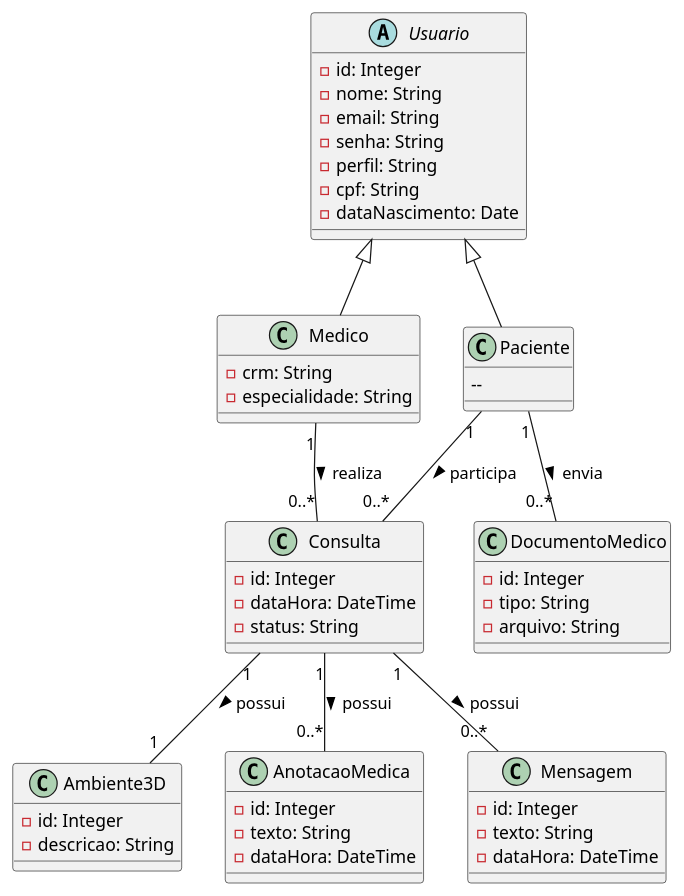
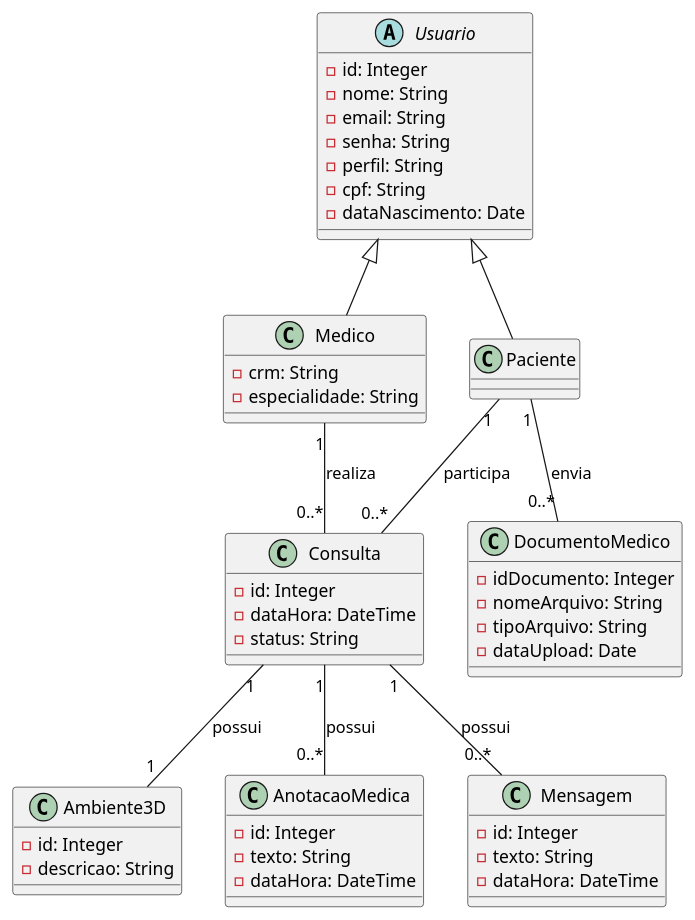
Before and after one commit to gilmarUFG/rs_es_20251_g1: the diagram in trabalho_grupo/modelos_uml/diagrama_classes.md, drawn with PlantUML. The commit also changed 1 other file, not shown here.

Commit message:
Implementa RF03 – envio de exames e atualiza diagrama de classes

```diff
--- a/trabalho_grupo/modelos_uml/diagrama_classes.md
+++ b/trabalho_grupo/modelos_uml/diagrama_classes.md
@@ -1,59 +1,66 @@
 @startuml
+
+' Modelo de domínio combinado (classes de análise - atributos e associações)
+
 abstract class Usuario {
   - id: Integer
   - nome: String
   - email: String
   - senha: String
   - perfil: String
-  - cpf: String     
+  - cpf: String
   - dataNascimento: Date
 }
 
 class Medico {
   - crm: String
   - especialidade: String
 }
 
 class Paciente {
-  -- 
+  ' Herda atributos de Usuario
 }
 
 class Consulta {
   - id: Integer
   - dataHora: DateTime
   - status: String
 }
 
 class DocumentoMedico {
-  - id: Integer
-  - tipo: String
-  - arquivo: String
+  - idDocumento: Integer
+  - nomeArquivo: String
+  - tipoArquivo: String
+  - dataUpload: Date
 }
 
 class Ambiente3D {
   - id: Integer
   - descricao: String
 }
 
 class AnotacaoMedica {
   - id: Integer
   - texto: String
   - dataHora: DateTime
 }
 
 class Mensagem {
   - id: Integer
   - texto: String
   - dataHora: DateTime
 }
 
+' Herança
 Usuario <|-- Medico
 Usuario <|-- Paciente
 
-Medico "1" -- "0..*" Consulta : realiza >
-Paciente "1" -- "0..*" Consulta : participa >
-Consulta "1" -- "1" Ambiente3D : possui >
-Paciente "1" -- "0..*" DocumentoMedico : envia >
-Consulta "1" -- "0..*" AnotacaoMedica : possui >
-Consulta "1" -- "0..*" Mensagem : possui >
+' Associações
+Medico "1" -- "0..*" Consulta : realiza
+Paciente "1" -- "0..*" Consulta : participa
+Consulta "1" -- "1" Ambiente3D : possui
+Paciente "1" -- "0..*" DocumentoMedico : envia
+Consulta "1" -- "0..*" AnotacaoMedica : possui
+Consulta "1" -- "0..*" Mensagem : possui
+
 @enduml
```
